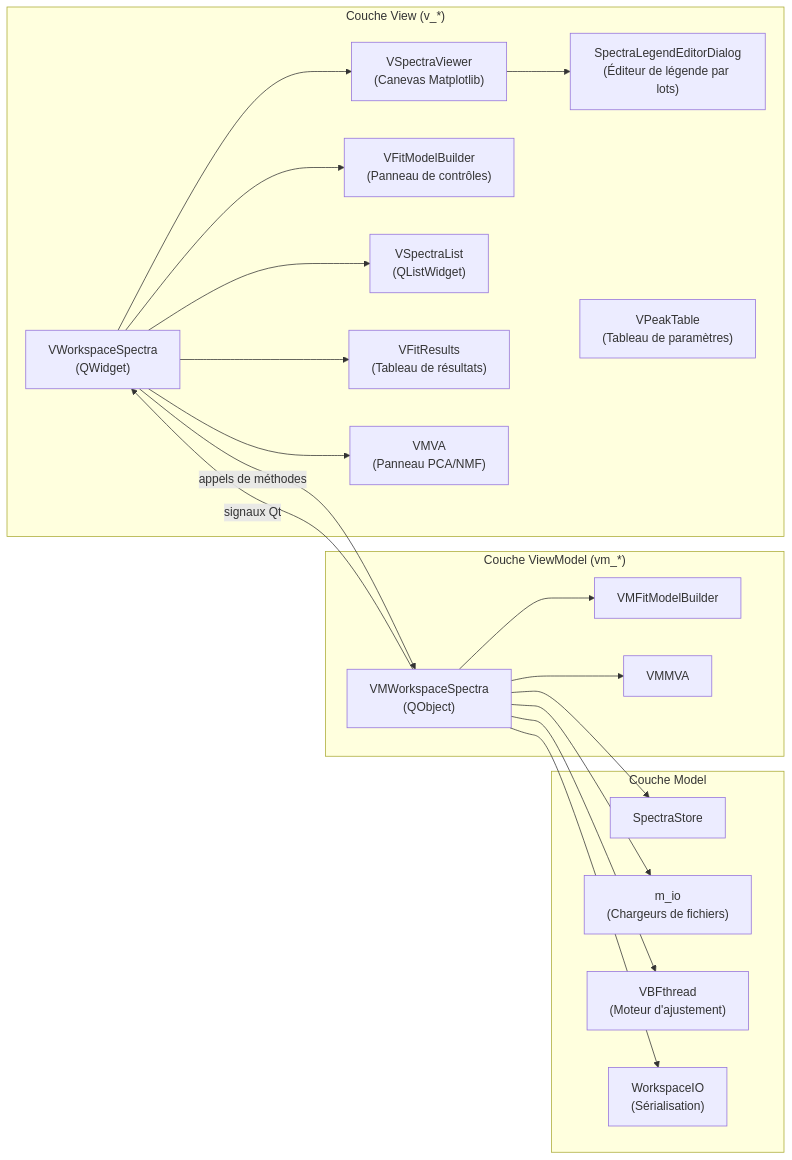
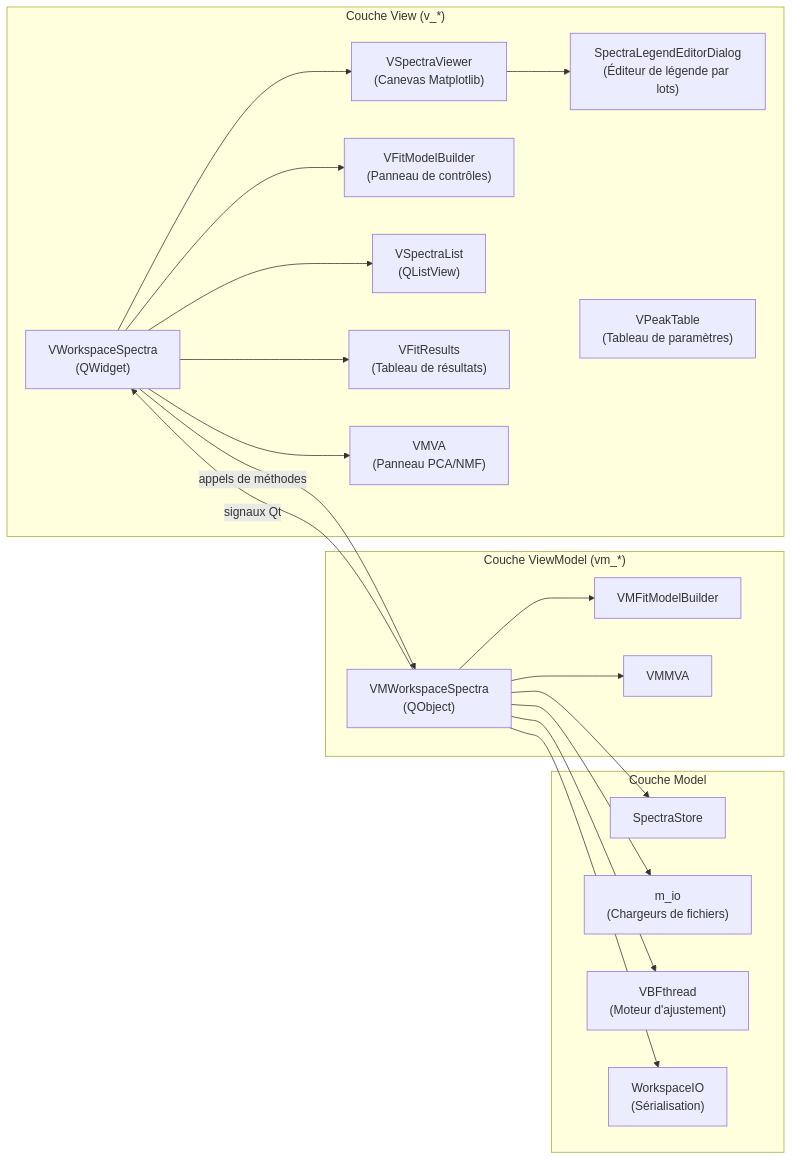
One commit to CEA-MetroCarac/SPECTROview changed the first of 2 diagrams in docs/developer/spectra.fr.md. Above: the diagram before and after it, drawn with Mermaid. The commit also changed 21 other files, not shown here.

First line of the commit message:
perf(spectra): virtualize VSpectraList and deduplicate hyperspectral map memory

````diff
--- a/docs/developer/spectra.fr.md
+++ b/docs/developer/spectra.fr.md
@@ -14,33 +14,33 @@
 ```mermaid
 graph LR
     subgraph View ["Couche View (v_*)"]
         VWS["VWorkspaceSpectra<br/>(QWidget)"]
         SV["VSpectraViewer<br/>(Canevas Matplotlib)"]
         SLE["SpectraLegendEditorDialog<br/>(Éditeur de légende par lots)"]
         FMB["VFitModelBuilder<br/>(Panneau de contrôles)"]
         PT["VPeakTable<br/>(Tableau de paramètres)"]
-        SL["VSpectraList<br/>(QListWidget)"]
+        SL["VSpectraList<br/>(QListView)"]
         FR["VFitResults<br/>(Tableau de résultats)"]
         MVA["VMVA<br/>(Panneau PCA/NMF)"]
     end
 
     subgraph VM ["Couche ViewModel (vm_*)"]
         VMWS["VMWorkspaceSpectra<br/>(QObject)"]
         VMFMB["VMFitModelBuilder"]
         VMMVA["VMMVA"]
     end
 
     subgraph Model ["Couche Model"]
         SS["SpectraStore"]
         IO["m_io<br/>(Chargeurs de fichiers)"]
         VBF["VBFthread<br/>(Moteur d'ajustement)"]
         WIO["WorkspaceIO<br/>(Sérialisation)"]
     end
 
     VWS --> SV & FMB & SL & FR & MVA
     SV --> SLE
     VWS -->|"appels de méthodes"| VMWS
     VMWS -->|"signaux Qt"| VWS
     VMWS --> SS & IO & VBF & WIO
     VMWS --> VMFMB & VMMVA
 ```
````
